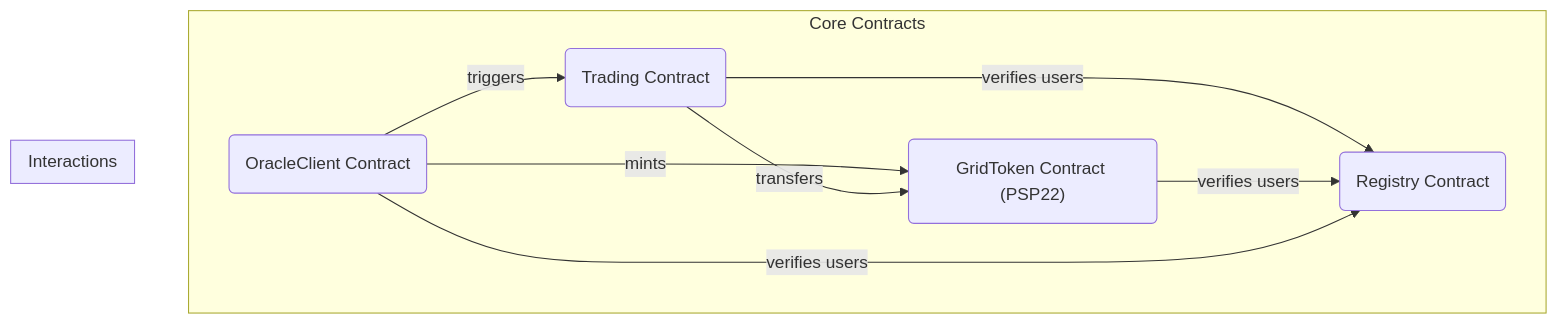
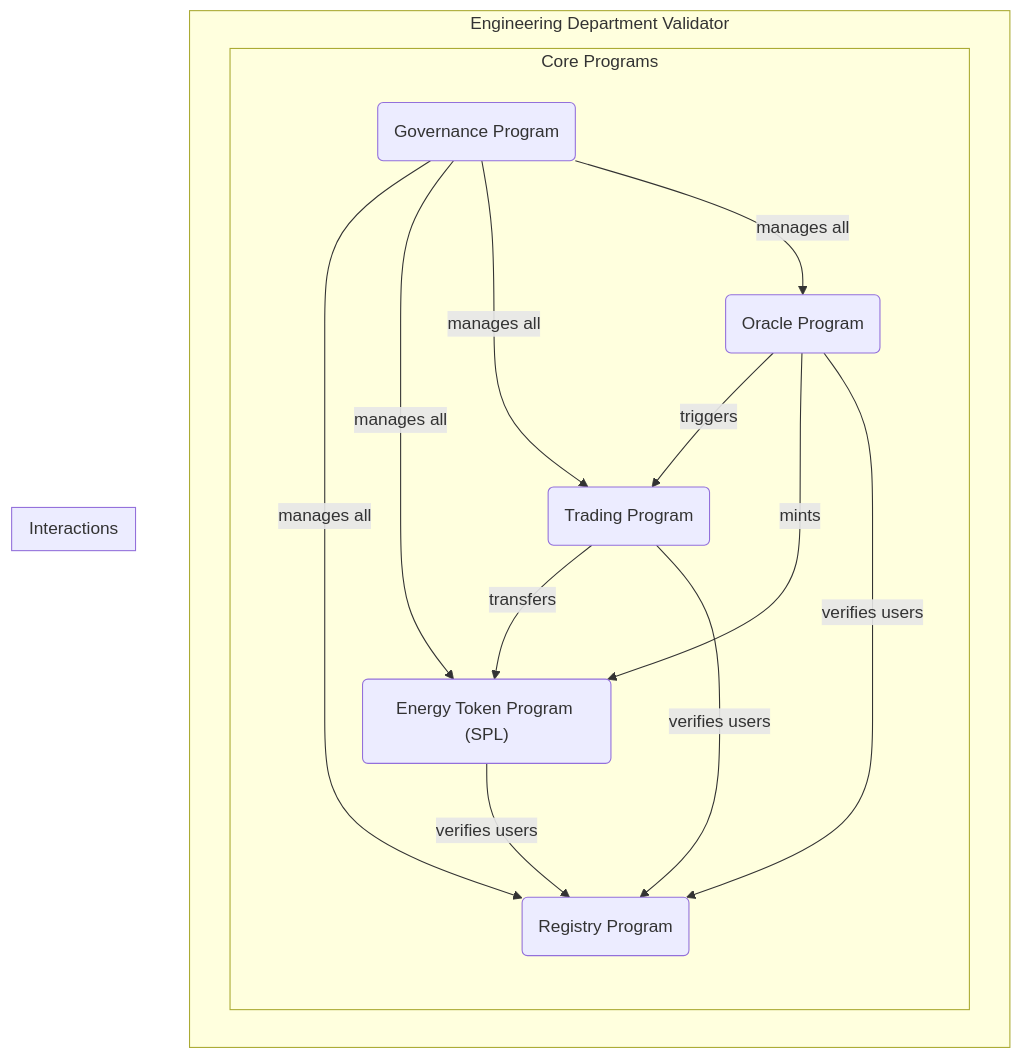
One commit to NakaSato/p2p changed the first of 5 diagrams in docs/TECHNICAL_SUMMARY.md. Above: the diagram before and after it, drawn with Mermaid. The commit also changed other lines of this file and 21 other files, not shown here.

````diff
--- a/docs/TECHNICAL_SUMMARY.md
+++ b/docs/TECHNICAL_SUMMARY.md
@@ -22,18 +27,25 @@
 ```mermaid
 graph TD
-    subgraph "Core Contracts"
-        Registry("Registry Contract")
-        GridToken("GridToken Contract (PSP22)")
-        Trading("Trading Contract")
-        OracleClient("OracleClient Contract")
+    subgraph "Engineering Department Validator"
+        subgraph "Core Programs"
+            Registry("Registry Program")
+            EnergyToken("Energy Token Program (SPL)")
+            Trading("Trading Program")
+            Oracle("Oracle Program")
+            Governance("Governance Program")
+        end
     end
 
     subgraph "Interactions"
-        OracleClient -- "triggers" --> Trading
-        OracleClient -- "mints" --> GridToken
-        Trading -- "transfers" --> GridToken
+        Oracle -- "triggers" --> Trading
+        Oracle -- "mints" --> EnergyToken
+        Trading -- "transfers" --> EnergyToken
         Trading -- "verifies users" --> Registry
-        GridToken -- "verifies users" --> Registry
-        OracleClient -- "verifies users" --> Registry
+        EnergyToken -- "verifies users" --> Registry
+        Oracle -- "verifies users" --> Registry
+        Governance -- "manages all" --> Registry
+        Governance -- "manages all" --> EnergyToken
+        Governance -- "manages all" --> Trading
+        Governance -- "manages all" --> Oracle
     end
 ```
````
